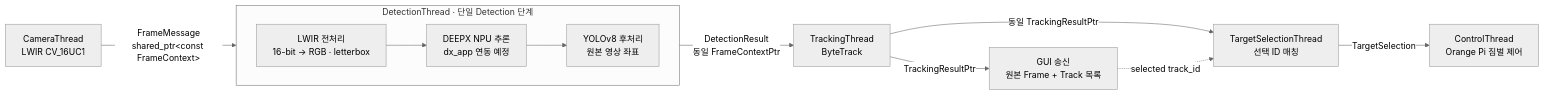
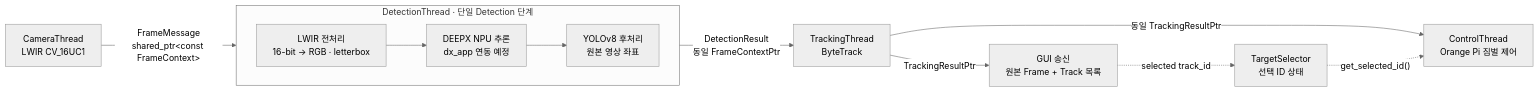
One commit to lwir-deepx-tracking-system/runtime changed the diagram in README.md. Above: the diagram before and after it, drawn with Mermaid (neutral theme). The commit also changed other lines of this file and 33 other files, not shown here.

````diff
--- a/README.md
+++ b/README.md
@@ -20,24 +20,24 @@
 ```mermaid
 flowchart LR
     Camera["CameraThread<br/>LWIR CV_16UC1"]
 
     subgraph Detection["DetectionThread · 단일 Detection 단계"]
         direction LR
         Preprocess["LWIR 전처리<br/>16-bit → RGB · letterbox"]
         Inference["DEEPX NPU 추론<br/>dx_app 연동 예정"]
         Postprocess["YOLOv8 후처리<br/>원본 영상 좌표"]
         Preprocess --> Inference --> Postprocess
     end
 
     Tracking["TrackingThread<br/>ByteTrack"]
     GUI["GUI 송신<br/>원본 Frame + Track 목록"]
-    Selection["TargetSelectionThread<br/>선택 ID 매칭"]
+    Selection["TargetSelector<br/>선택 ID 상태"]
     Control["ControlThread<br/>Orange Pi 짐벌 제어"]
 
     Camera -->|"FrameMessage<br/>shared_ptr&lt;const FrameContext&gt;"| Preprocess
     Postprocess -->|"DetectionResult<br/>동일 FrameContextPtr"| Tracking
     Tracking -->|"TrackingResultPtr"| GUI
-    Tracking -->|"동일 TrackingResultPtr"| Selection
+    Tracking -->|"동일 TrackingResultPtr"| Control
     GUI -.->|"selected track_id"| Selection
-    Selection -->|"TargetSelection"| Control
+    Selection -.->|"get_selected_id()"| Control
 ```
````
